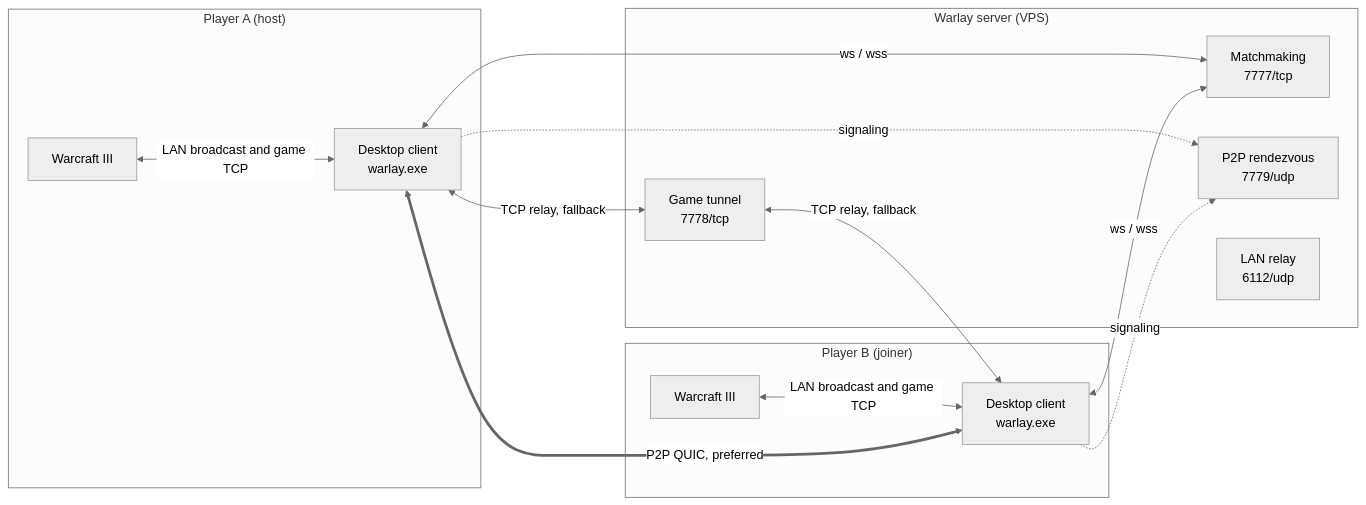
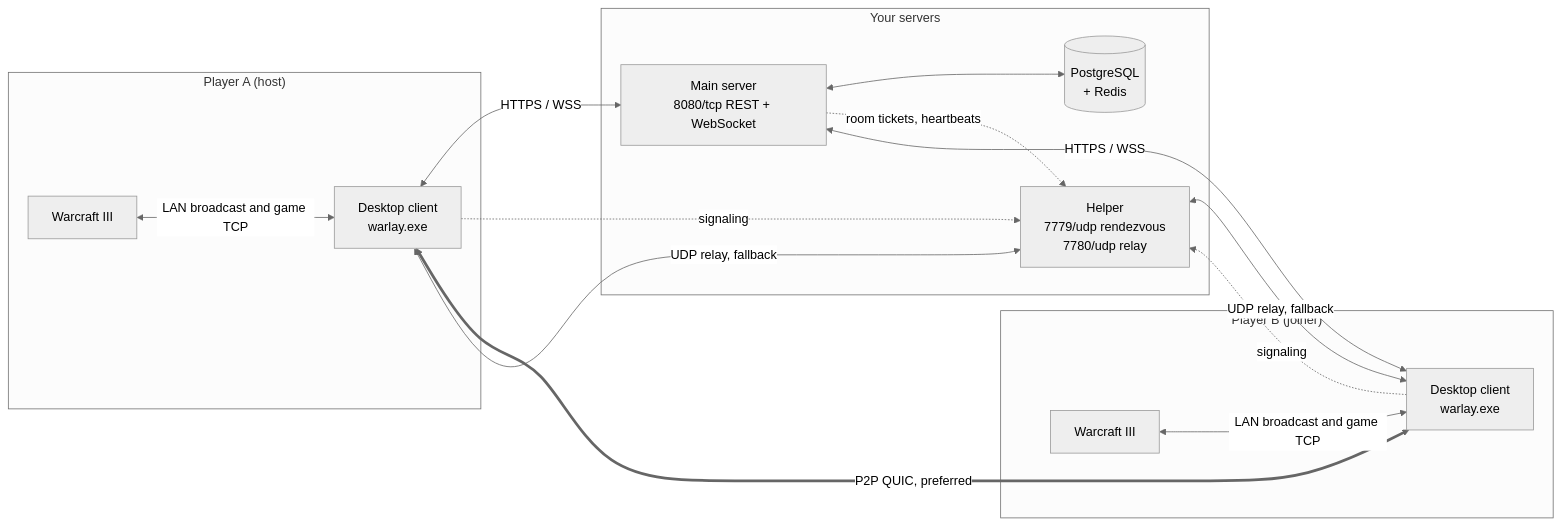
Before and after one commit to jhonsferg/warlay: the first of 4 diagrams in README.md, drawn with Mermaid (neutral theme). The commit also changed other lines of this file, not shown here.

First line of the commit message:
docs: actualiza el README a la arquitectura main y helper

````diff
--- a/README.md
+++ b/README.md
@@ -70,31 +84,32 @@
 ```mermaid
 flowchart LR
     subgraph host["Player A (host)"]
         hostGame["Warcraft III"]
         hostClient["Desktop client<br/>warlay.exe"]
     end
 
-    subgraph hub["Warlay server (VPS)"]
-        matchmaking["Matchmaking<br/>7777/tcp"]
-        tunnel["Game tunnel<br/>7778/tcp"]
-        rendezvous["P2P rendezvous<br/>7779/udp"]
-        lanRelay["LAN relay<br/>6112/udp"]
+    subgraph vps["Your servers"]
+        main["Main server<br/>8080/tcp REST + WebSocket"]
+        db[("PostgreSQL<br/>+ Redis")]
+        helper["Helper<br/>7779/udp rendezvous<br/>7780/udp relay"]
     end
 
     subgraph joiner["Player B (joiner)"]
         joinerGame["Warcraft III"]
         joinerClient["Desktop client<br/>warlay.exe"]
     end
 
     hostGame <-->|LAN broadcast and game TCP| hostClient
     joinerGame <-->|LAN broadcast and game TCP| joinerClient
 
-    hostClient <-->|ws / wss| matchmaking
-    joinerClient <-->|ws / wss| matchmaking
-    hostClient -.->|signaling| rendezvous
-    joinerClient -.->|signaling| rendezvous
+    hostClient <-->|HTTPS / WSS| main
+    joinerClient <-->|HTTPS / WSS| main
+    main <--> db
+    main -.->|room tickets, heartbeats| helper
 
+    hostClient -.->|signaling| helper
+    joinerClient -.->|signaling| helper
     hostClient <==>|P2P QUIC, preferred| joinerClient
-    hostClient <-->|TCP relay, fallback| tunnel
-    tunnel <-->|TCP relay, fallback| joinerClient
+    hostClient <-->|UDP relay, fallback| helper
+    helper <-->|UDP relay, fallback| joinerClient
 ```
````
